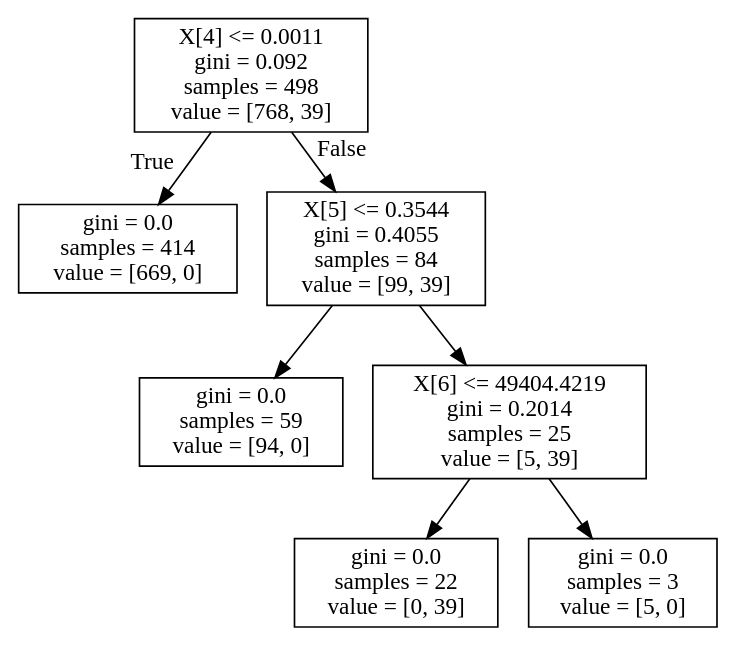
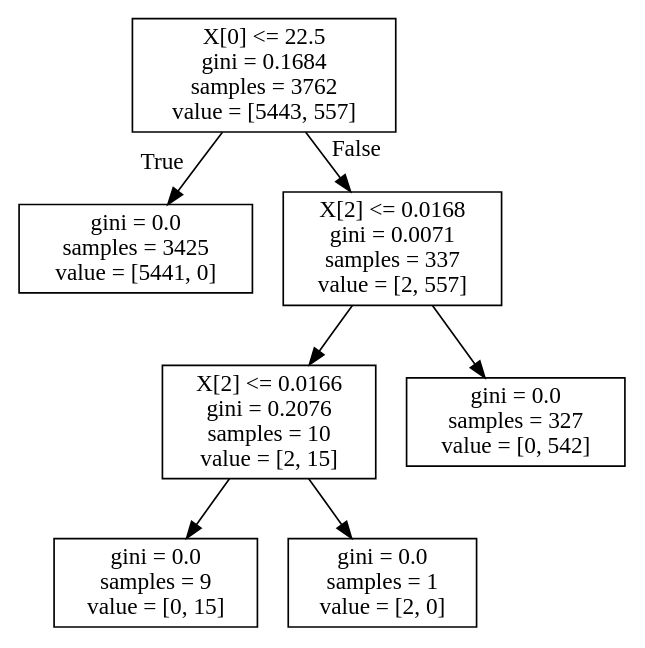
Before and after one commit to imwack/facebook: the diagram in 3.dot, drawn with Graphviz. The commit also changed 16 other files, not shown here.

Commit message:
random graph 10000 nodes

```diff
--- a/3.dot
+++ b/3.dot
@@ -1,16 +1,16 @@
 digraph Tree {
 node [shape=box] ;
-0 [label="X[4] <= 0.0011\ngini = 0.092\nsamples = 498\nvalue = [768, 39]"] ;
-1 [label="gini = 0.0\nsamples = 414\nvalue = [669, 0]"] ;
+0 [label="X[0] <= 22.5\ngini = 0.1684\nsamples = 3762\nvalue = [5443, 557]"] ;
+1 [label="gini = 0.0\nsamples = 3425\nvalue = [5441, 0]"] ;
 0 -> 1 [labeldistance=2.5, labelangle=45, headlabel="True"] ;
-2 [label="X[5] <= 0.3544\ngini = 0.4055\nsamples = 84\nvalue = [99, 39]"] ;
+2 [label="X[2] <= 0.0168\ngini = 0.0071\nsamples = 337\nvalue = [2, 557]"] ;
 0 -> 2 [labeldistance=2.5, labelangle=-45, headlabel="False"] ;
-3 [label="gini = 0.0\nsamples = 59\nvalue = [94, 0]"] ;
+3 [label="X[2] <= 0.0166\ngini = 0.2076\nsamples = 10\nvalue = [2, 15]"] ;
 2 -> 3 ;
-4 [label="X[6] <= 49404.4219\ngini = 0.2014\nsamples = 25\nvalue = [5, 39]"] ;
-2 -> 4 ;
-5 [label="gini = 0.0\nsamples = 22\nvalue = [0, 39]"] ;
-4 -> 5 ;
-6 [label="gini = 0.0\nsamples = 3\nvalue = [5, 0]"] ;
-4 -> 6 ;
+4 [label="gini = 0.0\nsamples = 9\nvalue = [0, 15]"] ;
+3 -> 4 ;
+5 [label="gini = 0.0\nsamples = 1\nvalue = [2, 0]"] ;
+3 -> 5 ;
+6 [label="gini = 0.0\nsamples = 327\nvalue = [0, 542]"] ;
+2 -> 6 ;
 }
```
